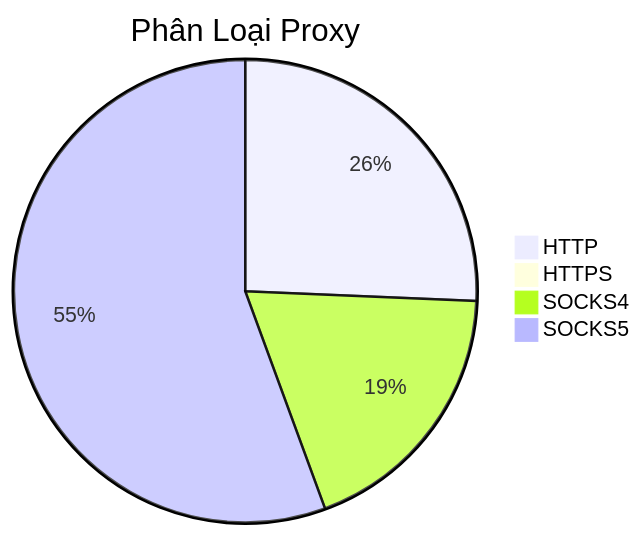
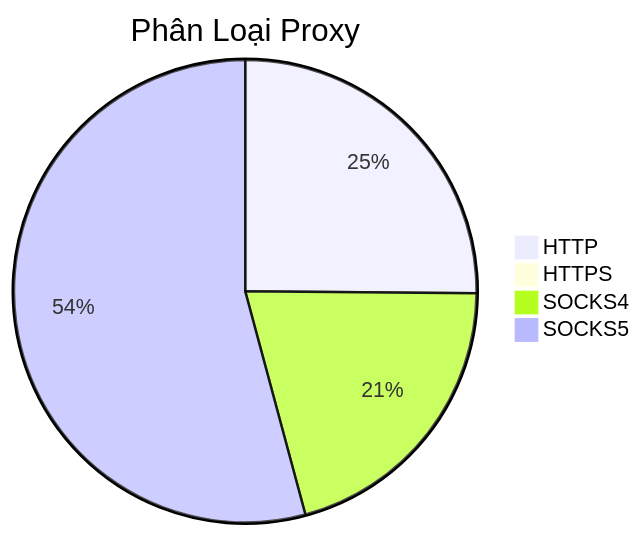
Before and after one commit to Ciara-Aa/PROXY-free: the diagram in README.md, drawn with Mermaid. The commit also changed other lines of this file and 4 other files, not shown here.

````diff
--- a/README.md
+++ b/README.md
@@ -26,7 +26,7 @@
 ```mermaid
 pie title Phân Loại Proxy
-    "HTTP" : 314
-    "HTTPS" : 5
-    "SOCKS4" : 229
-    "SOCKS5" : 680
+    "HTTP" : 288
+    "HTTPS" : 2
+    "SOCKS4" : 237
+    "SOCKS5" : 621
 ```
````
